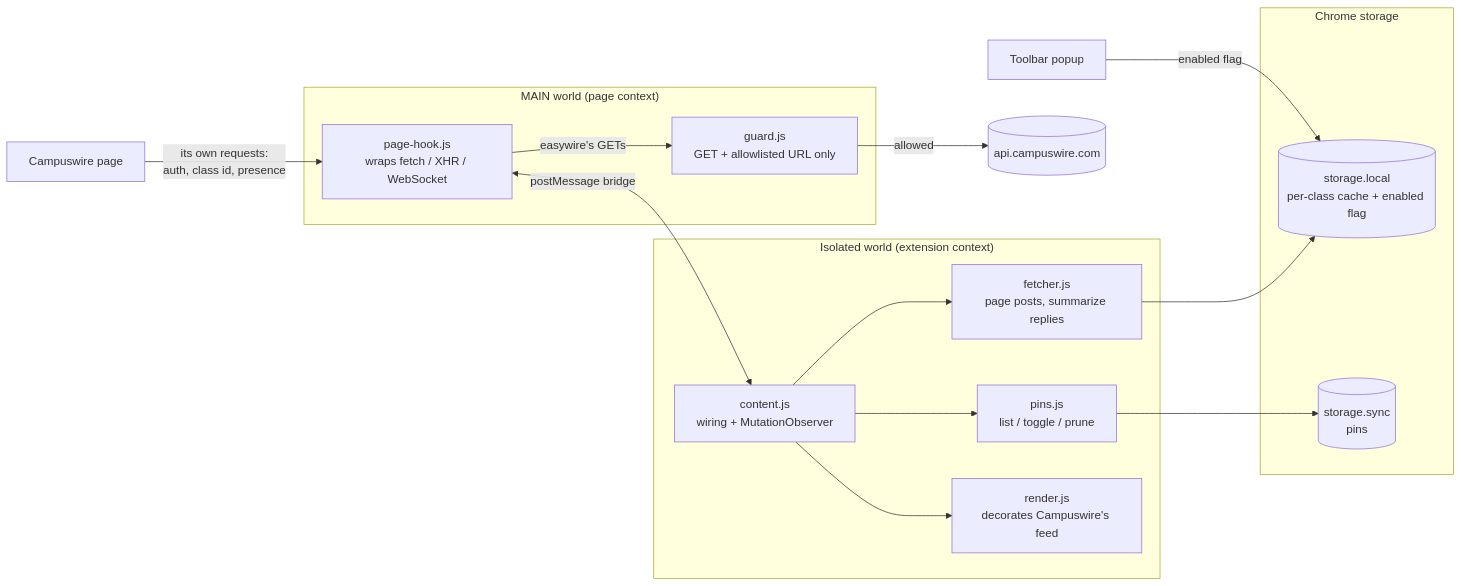
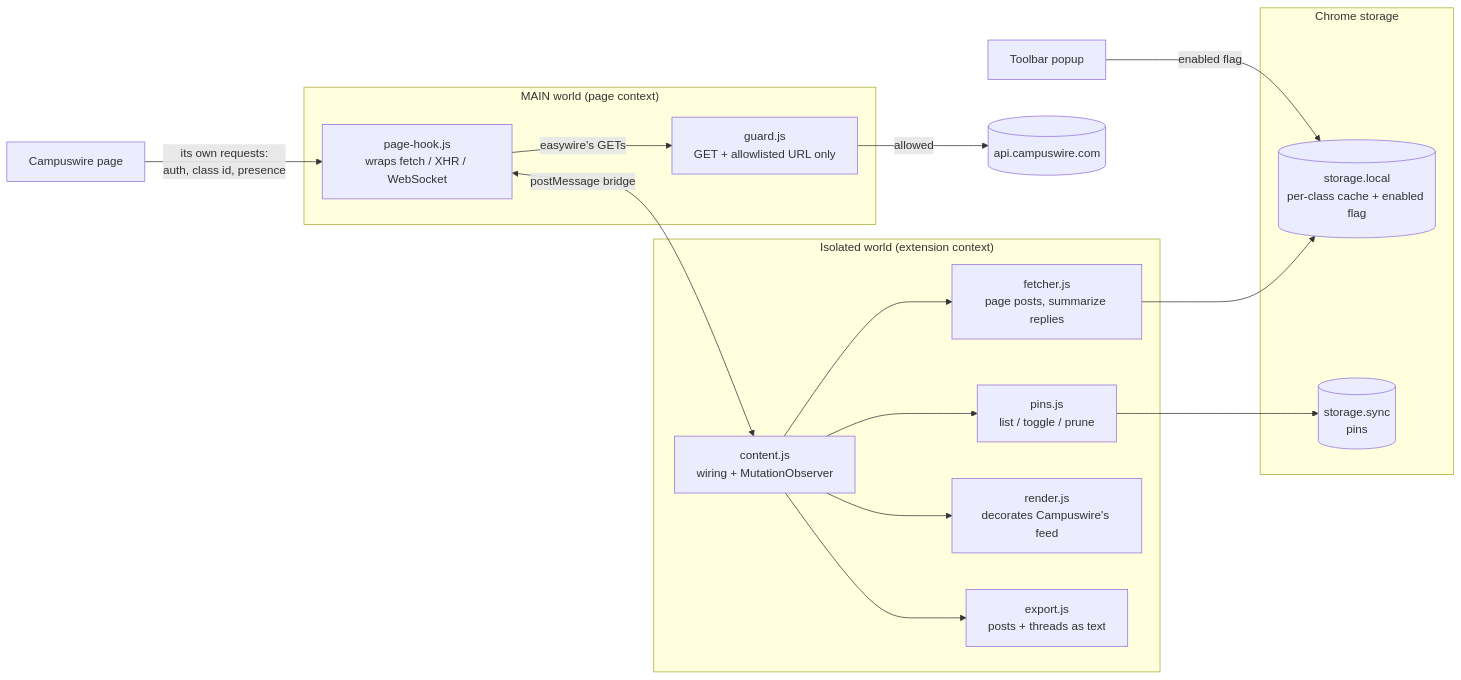
One commit to gRain-is-grainy/easywire changed the diagram in README.md. Above: the diagram before and after it, drawn with Mermaid. The commit also changed other lines of this file, not shown here.

Commit message:
Added drag to select, sticky selection bar, and export.js to the README, and bumped the test badge to 92

````diff
--- a/README.md
+++ b/README.md
@@ -65,34 +67,36 @@
 ```mermaid
 flowchart LR
     CW["Campuswire page"]
     API[("api.campuswire.com")]
     POPUP["Toolbar popup"]
 
     subgraph MAIN["MAIN world (page context)"]
         HOOK["page-hook.js<br/>wraps fetch / XHR / WebSocket"]
         GUARD["guard.js<br/>GET + allowlisted URL only"]
     end
 
     subgraph ISO["Isolated world (extension context)"]
         CONTENT["content.js<br/>wiring + MutationObserver"]
         FETCH["fetcher.js<br/>page posts, summarize replies"]
         PINS["pins.js<br/>list / toggle / prune"]
         RENDER["render.js<br/>decorates Campuswire's feed"]
+        EXPORT["export.js<br/>posts + threads as text"]
     end
 
     subgraph STORE["Chrome storage"]
         LOCAL[("storage.local<br/>per-class cache + enabled flag")]
         SYNC[("storage.sync<br/>pins")]
     end
 
     CW -- "its own requests:<br/>auth, class id, presence" --> HOOK
     HOOK -- "easywire's GETs" --> GUARD
     GUARD -- "allowed" --> API
     HOOK <-- "postMessage bridge" --> CONTENT
     CONTENT --> RENDER
     CONTENT --> FETCH
     CONTENT --> PINS
+    CONTENT --> EXPORT
     FETCH --> LOCAL
     PINS --> SYNC
     POPUP -- "enabled flag" --> LOCAL
 ```
````
